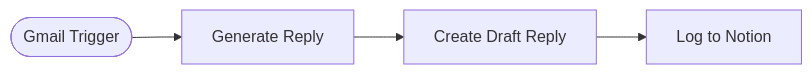
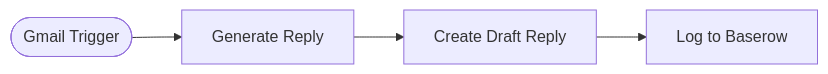
One commit to whybothercoding/n8n-smb-workflows changed the diagram in workflows/email/ai-email-auto-reply/README.md. Above: the diagram before and after it, drawn with Mermaid. The commit also changed other lines of this file and 18 other files, not shown here.

````diff
--- a/workflows/email/ai-email-auto-reply/README.md
+++ b/workflows/email/ai-email-auto-reply/README.md
@@ -29,10 +29,10 @@
 ```mermaid
 flowchart LR
     n0(["Gmail Trigger"])
     n1["Generate Reply"]
     n2["Create Draft Reply"]
-    n3["Log to Notion"]
+    n3["Log to Baserow"]
     n0 --> n1
     n1 --> n2
     n2 --> n3
 ```
````
